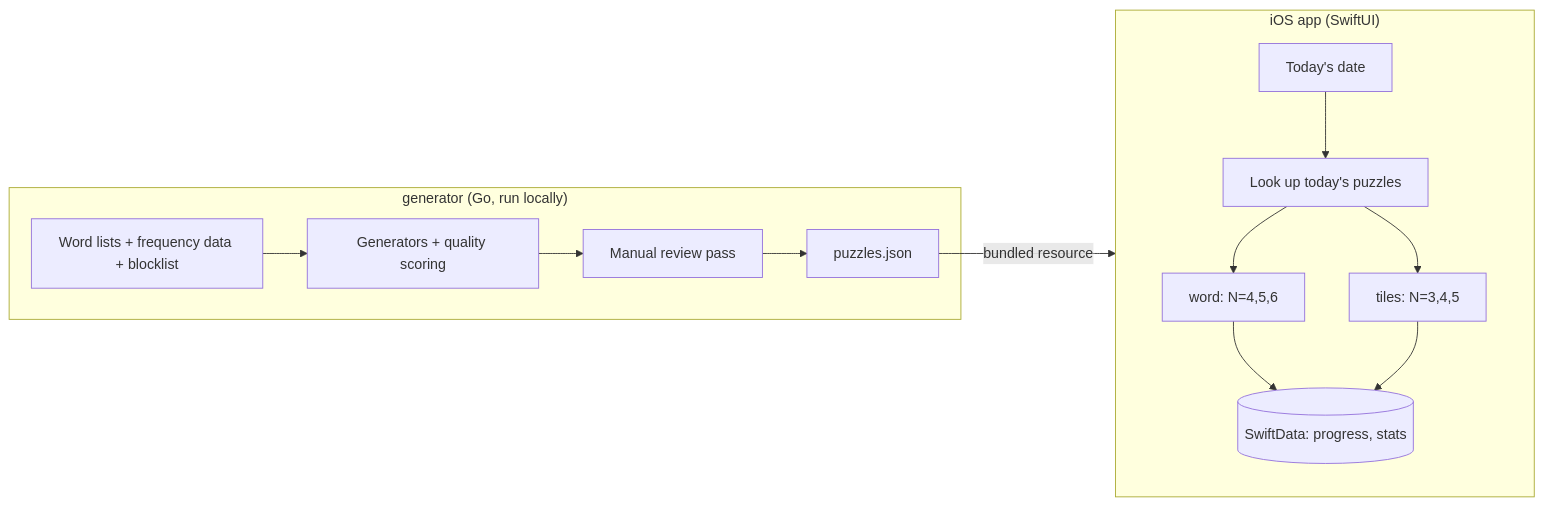
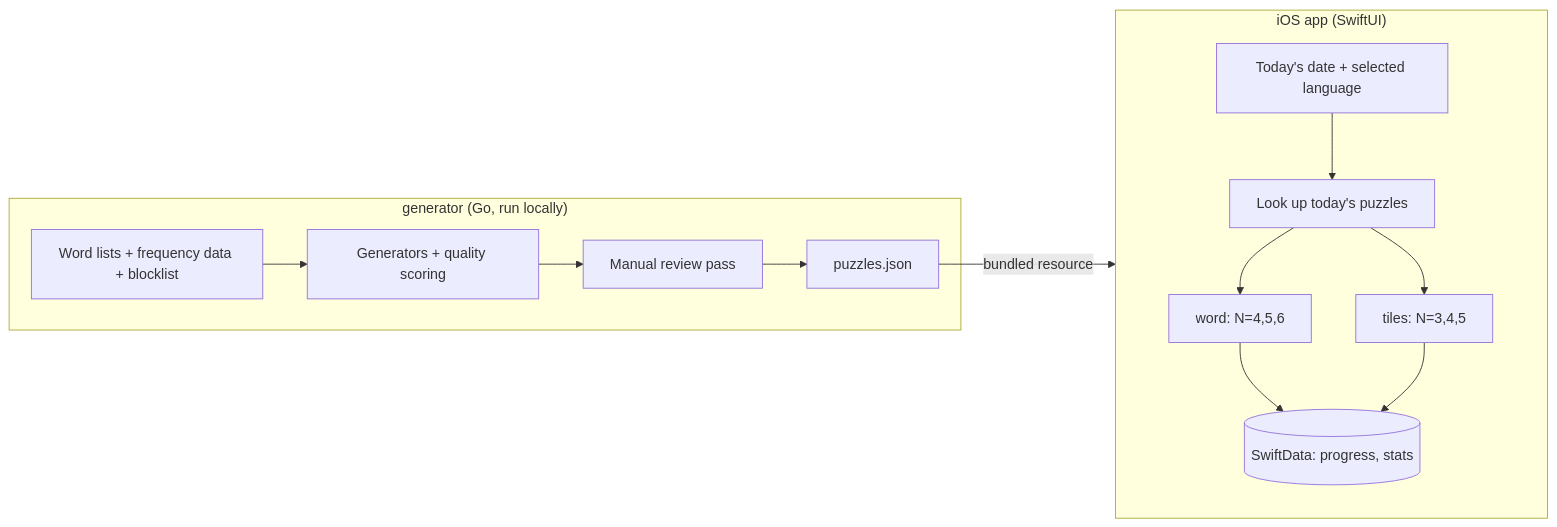
Before and after one commit to primandproper/ngrams: the diagram in docs/design.md, drawn with Mermaid. The commit also changed other lines of this file, not shown here.

Commit message:
docs: add spanish as a second puzzle language

````diff
--- a/docs/design.md
+++ b/docs/design.md
@@ -59,15 +83,15 @@
 ```mermaid
 flowchart LR
   subgraph Offline["generator (Go, run locally)"]
     W[Word lists + frequency data + blocklist] --> G[Generators + quality scoring]
     G --> R[Manual review pass]
     R --> B[puzzles.json]
   end
   B -->|bundled resource| A
   subgraph A["iOS app (SwiftUI)"]
-    D[Today's date] --> P[Look up today's puzzles]
+    D[Today's date + selected language] --> P[Look up today's puzzles]
     P --> WG[word: N=4,5,6]
     P --> TG[tiles: N=3,4,5]
     WG & TG --> S[(SwiftData: progress, stats)]
   end
 ```
````
